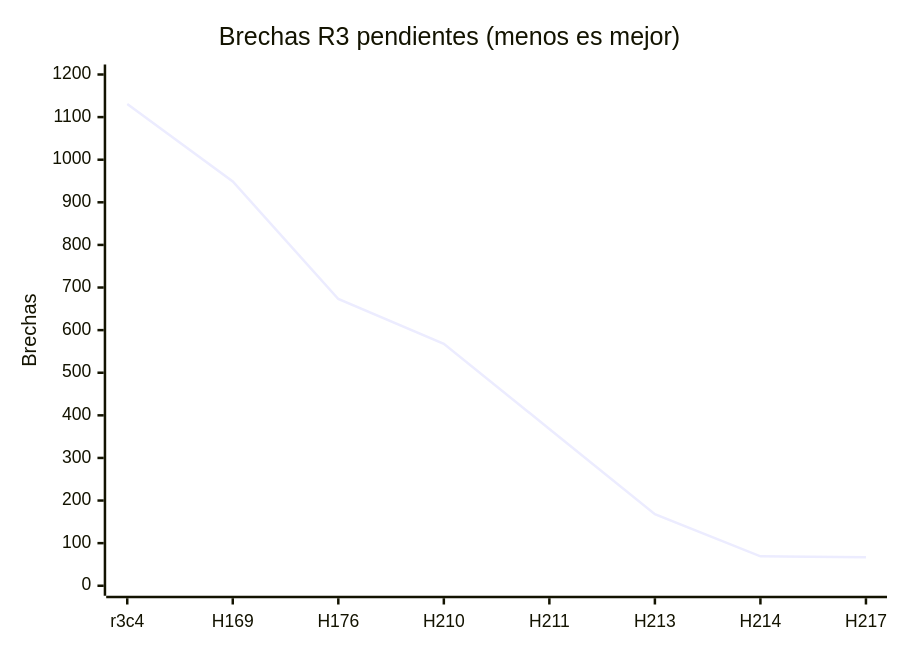
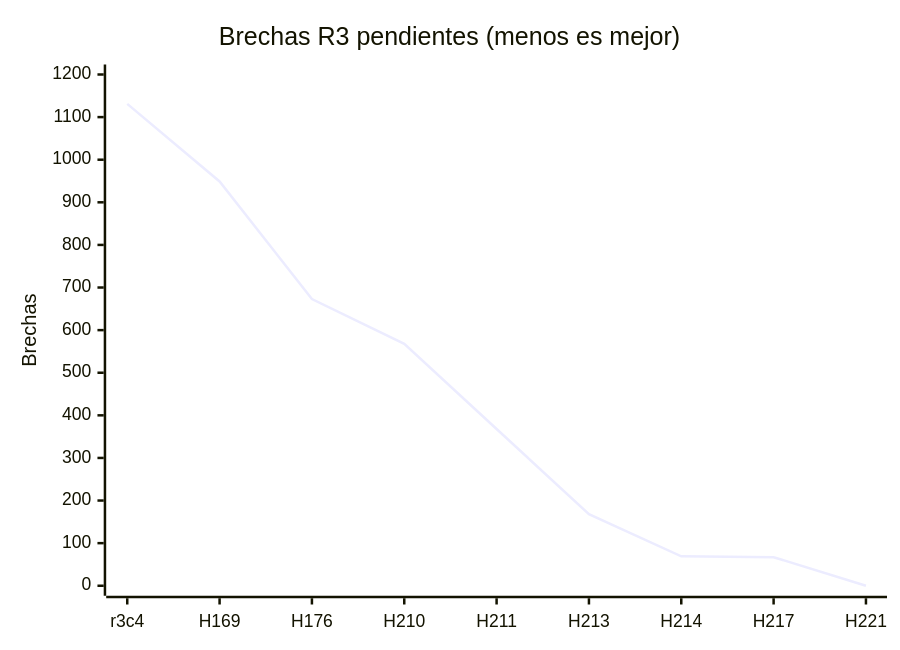
One commit to jmbigi/thinker changed the first of 2 diagrams in README.md. Above: the diagram before and after it, drawn with Mermaid. The commit also changed other lines of this file and 8 other files, not shown here.

````diff
--- a/README.md
+++ b/README.md
@@ -401,7 +401,7 @@
 ```mermaid
 xychart-beta
     title "Brechas R3 pendientes (menos es mejor)"
-    x-axis ["r3c4", "H169", "H176", "H210", "H211", "H213", "H214", "H217"]
+    x-axis ["r3c4", "H169", "H176", "H210", "H211", "H213", "H214", "H217", "H221"]
     y-axis "Brechas" 0 --> 1200
-    line [1131, 949, 673, 568, 368, 168, 69, 67]
+    line [1131, 949, 673, 568, 368, 168, 69, 67, 0]
 ```
````
